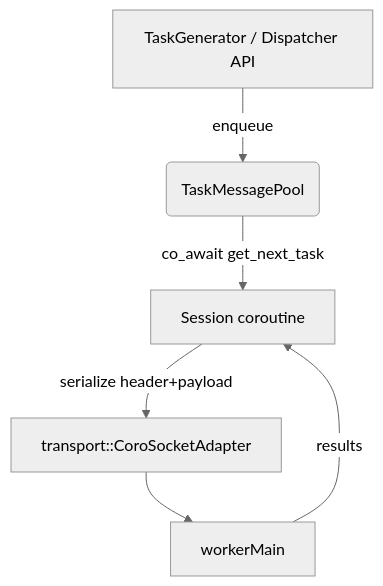
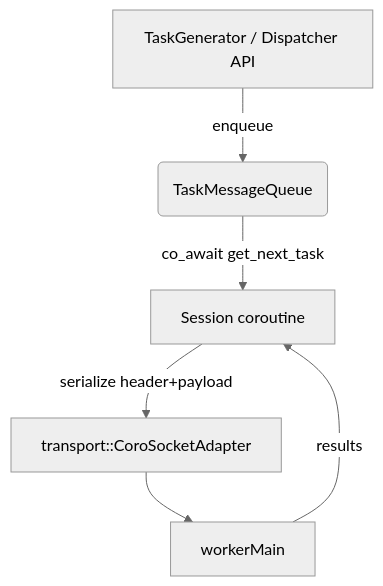
One commit to ilya-yusim/task-messenger changed the first of 2 diagrams in message/README.md. Above: the diagram before and after it, drawn with Mermaid (neutral theme). The commit also changed other lines of this file and 24 other files, not shown here.

First line of the commit message:
Refactor TaskMessagePool to TaskMessageQueue across the dispatcher and messaging modules

````diff
--- a/message/README.md
+++ b/message/README.md
@@ -18,8 +18,8 @@
 ```mermaid
 graph TD
-    TG[TaskGenerator / Dispatcher API] -->|enqueue| Pool(TaskMessagePool)
+    TG[TaskGenerator / Dispatcher API] -->|enqueue| Pool(TaskMessageQueue)
     Pool -->|co_await get_next_task| Session[Session coroutine]
     Session -->|serialize header+payload| Transport[transport::CoroSocketAdapter]
     Transport --> Worker[workerMain]
     Worker -->|results| Session
 ```
````
